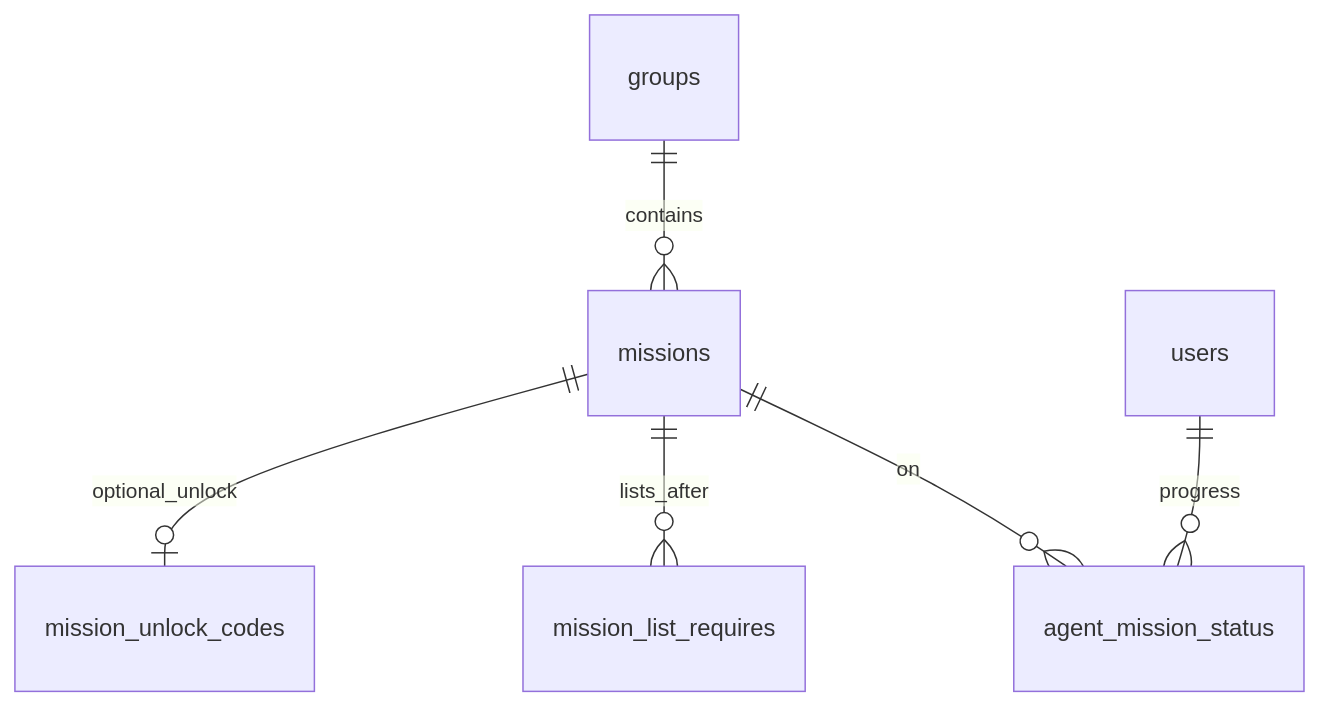
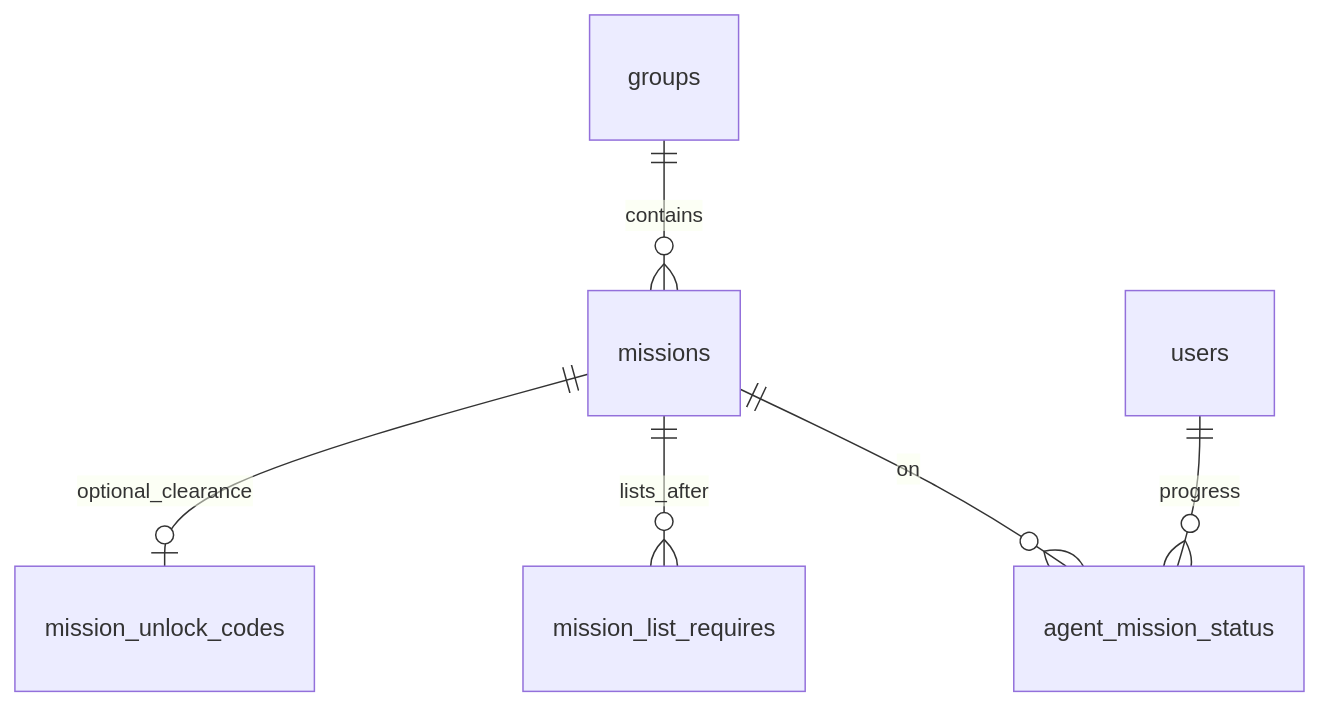
Before and after one commit to bjcoleman/radspion: the diagram in docs/design/02-entities.md, drawn with Mermaid. The commit also changed other lines of this file and 12 other files, not shown here.

````diff
--- a/docs/design/02-entities.md
+++ b/docs/design/02-entities.md
@@ -77,8 +90,8 @@
 ```mermaid
 erDiagram
     groups ||--o{ missions : contains
-    missions ||--o| mission_unlock_codes : optional_unlock
+    missions ||--o| mission_unlock_codes : optional_clearance
     missions ||--o{ mission_list_requires : lists_after
     users ||--o{ agent_mission_status : progress
     missions ||--o{ agent_mission_status : on
 ```
````
